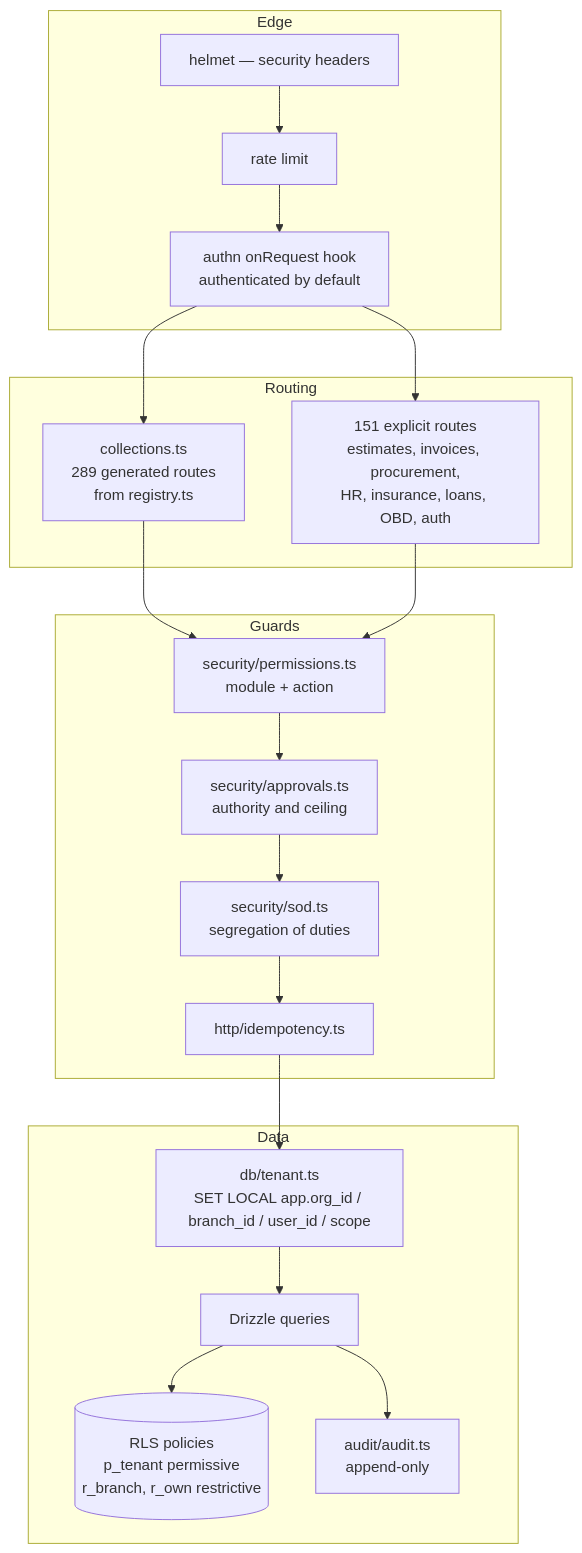
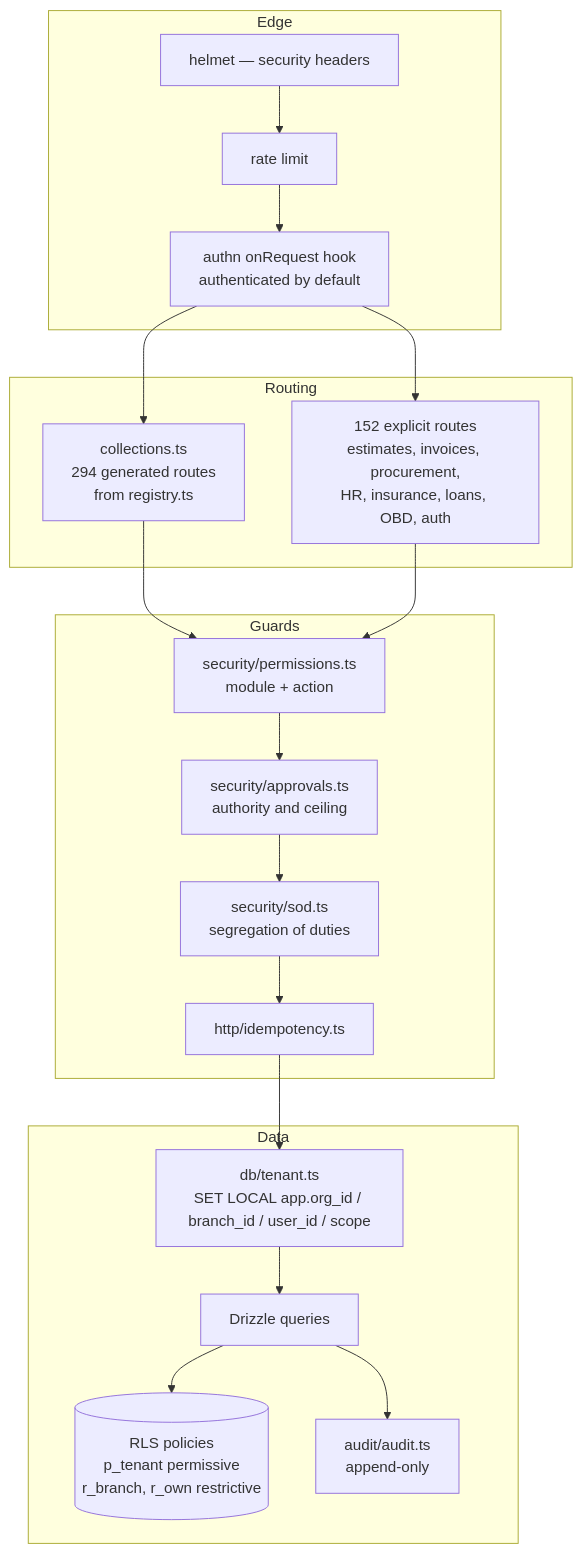
Before and after one commit to tazamohd/SlClNe: the third of 4 diagrams in docs/15_C4_ARCHITECTURE_DIAGRAMS/C4_MODEL.md, drawn with Mermaid. The commit also changed other lines of this file and 48 other files, not shown here.

````diff
--- a/docs/15_C4_ARCHITECTURE_DIAGRAMS/C4_MODEL.md
+++ b/docs/15_C4_ARCHITECTURE_DIAGRAMS/C4_MODEL.md
@@ -60,29 +60,29 @@
 ```mermaid
 flowchart TB
   subgraph edge[Edge]
     helmet["helmet — security headers"]
     rl["rate limit"]
     authn["authn onRequest hook<br/>authenticated by default"]
   end
   subgraph routing[Routing]
-    generic["collections.ts<br/>289 generated routes<br/>from registry.ts"]
-    explicit["151 explicit routes<br/>estimates, invoices, procurement,<br/>HR, insurance, loans, OBD, auth"]
+    generic["collections.ts<br/>294 generated routes<br/>from registry.ts"]
+    explicit["152 explicit routes<br/>estimates, invoices, procurement,<br/>HR, insurance, loans, OBD, auth"]
   end
   subgraph guards[Guards]
     perms["security/permissions.ts<br/>module + action"]
     approvals["security/approvals.ts<br/>authority and ceiling"]
     sod["security/sod.ts<br/>segregation of duties"]
     idem["http/idempotency.ts"]
   end
   subgraph data[Data]
     tenant["db/tenant.ts<br/>SET LOCAL app.org_id / branch_id / user_id / scope"]
     drizzle["Drizzle queries"]
     rls[("RLS policies<br/>p_tenant permissive<br/>r_branch, r_own restrictive")]
     audit["audit/audit.ts<br/>append-only"]
   end
   helmet --> rl --> authn --> generic
   authn --> explicit
   generic --> perms
   explicit --> perms --> approvals --> sod --> idem --> tenant --> drizzle --> rls
   drizzle --> audit
 ```
````
